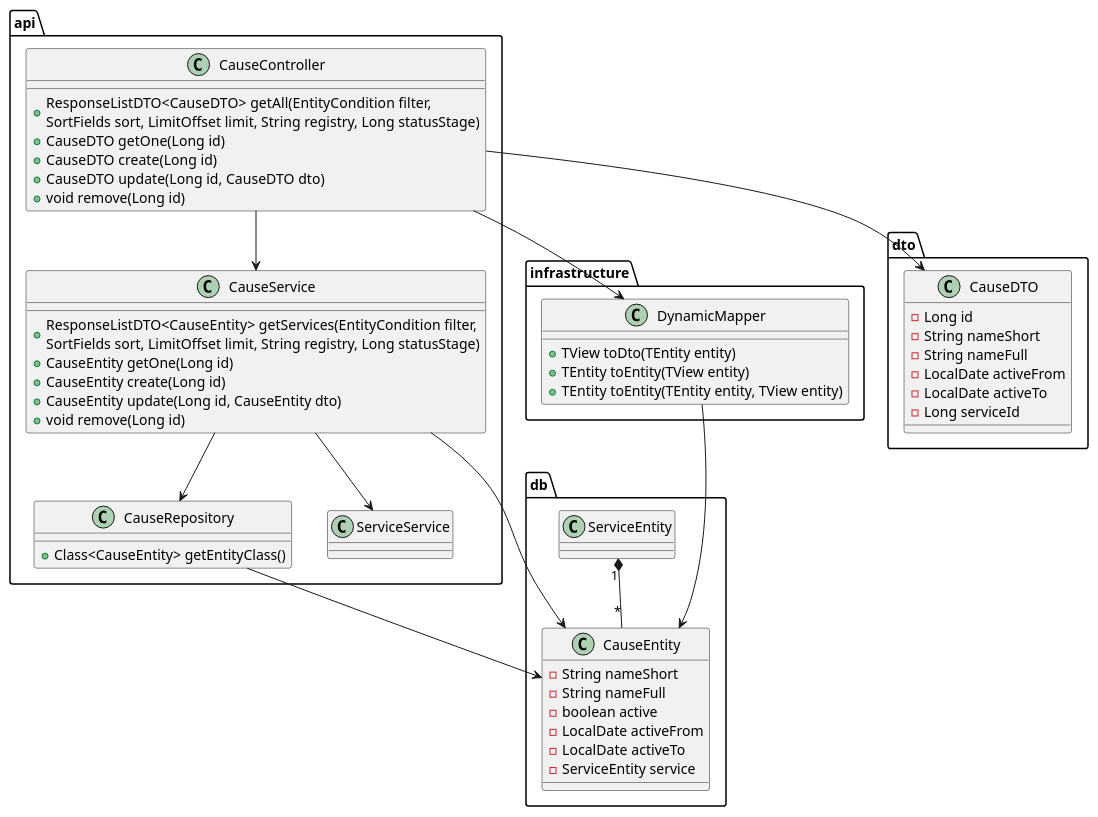
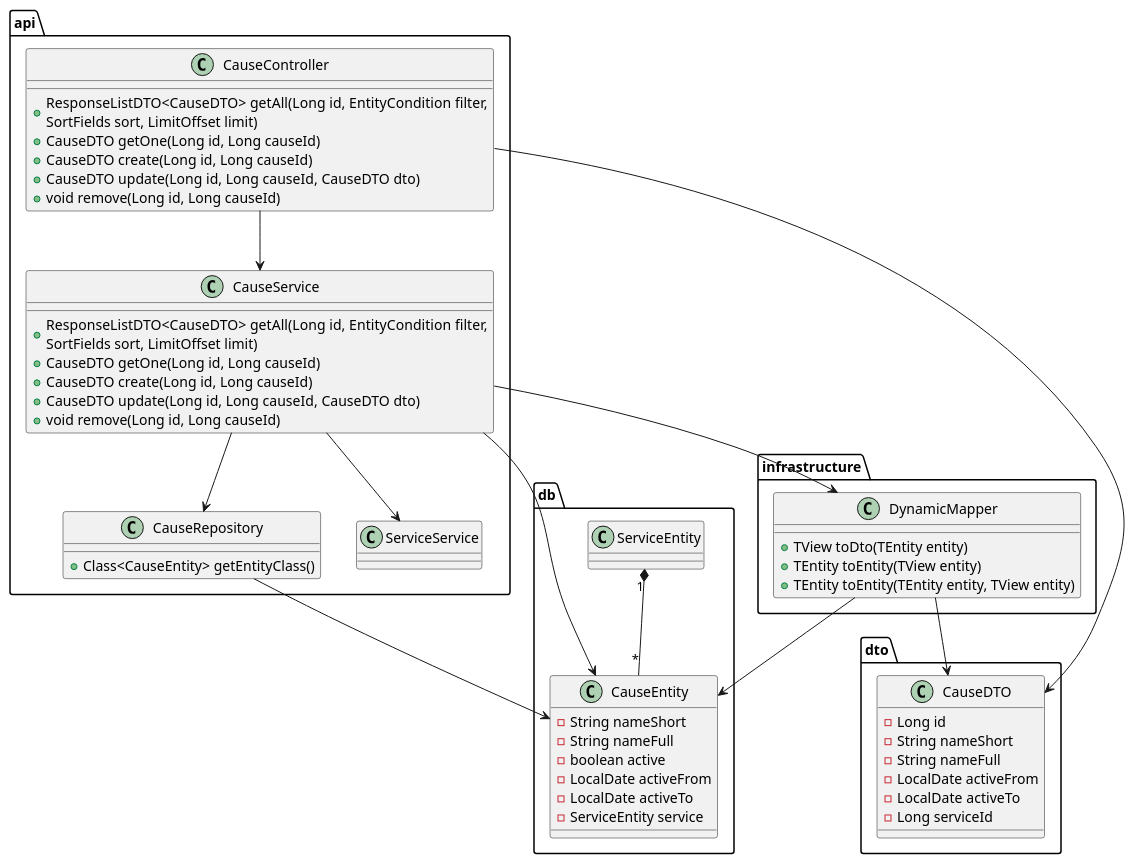
Before and after one commit to yespeace13/path-to-end: the diagram in api-classes/api-classes-services-cause.puml, drawn with PlantUML. The commit also changed 3 other files, not shown here.

```diff
--- a/api-classes/api-classes-services-cause.puml
+++ b/api-classes/api-classes-services-cause.puml
@@ -1,74 +1,77 @@
 @startuml
 package api {
   class CauseController {
-    + ResponseListDTO<CauseDTO> getAll(EntityCondition filter,\nSortFields sort, LimitOffset limit, String registry, Long statusStage)
-    + CauseDTO getOne(Long id)
-    + CauseDTO create(Long id)
-    + CauseDTO update(Long id, CauseDTO dto)
-    + void remove(Long id)
+    + ResponseListDTO<CauseDTO> getAll(Long id, EntityCondition filter,\nSortFields sort, LimitOffset limit)
+    + CauseDTO getOne(Long id, Long causeId)
+    + CauseDTO create(Long id, Long causeId)
+    + CauseDTO update(Long id, Long causeId, CauseDTO dto)
+    + void remove(Long id, Long causeId)
   }
 
   class CauseService {
-    + ResponseListDTO<CauseEntity> getServices(EntityCondition filter,\nSortFields sort, LimitOffset limit, String registry, Long statusStage)
-    + CauseEntity getOne(Long id)
-    + CauseEntity create(Long id)
-    + CauseEntity update(Long id, CauseEntity dto)
-    + void remove(Long id)
+    + ResponseListDTO<CauseDTO> getAll(Long id, EntityCondition filter,\nSortFields sort, LimitOffset limit)
+    + CauseDTO getOne(Long id, Long causeId)
+    + CauseDTO create(Long id, Long causeId)
+    + CauseDTO update(Long id, Long causeId, CauseDTO dto)
+    + void remove(Long id, Long causeId)
   }
 
   class CauseRepository {
     + Class<CauseEntity> getEntityClass()
   }
 
   class ServiceService {
   }
 }
 
 class infrastructure.DynamicMapper {
   + TView toDto(TEntity entity)
   + TEntity toEntity(TView entity)
   + TEntity toEntity(TEntity entity, TView entity)
 }
 
-class dto.CauseDTO {
-- Long id
-- String nameShort
-- String nameFull
-- LocalDate activeFrom
-- LocalDate activeTo
-- Long serviceId
+package dto {
+  class CauseDTO {
+  - Long id
+  - String nameShort
+  - String nameFull
+  - LocalDate activeFrom
+  - LocalDate activeTo
+  - Long serviceId
+  }
 }
 
 package db {
   class CauseEntity {
   - String nameShort
   - String nameFull
   - boolean active
   - LocalDate activeFrom
   - LocalDate activeTo
   - ServiceEntity service
   }
 
   class ServiceEntity {
 
   }
 
   ServiceEntity "1" *-- "*" CauseEntity
 }
 CauseController --> CauseDTO
 CauseController --> CauseService
-CauseController --> DynamicMapper
 
+CauseService --> DynamicMapper
 CauseService --> CauseRepository
 CauseService --> CauseEntity
 CauseService --> ServiceService
 
 CauseRepository --> CauseEntity
 
 DynamicMapper --> CauseEntity
+DynamicMapper --> CauseDTO
 
 'interface repositories.AbstractRepository {
 '}
 '
 'CauseRepository --|> AbstractRepository
 @enduml
```
